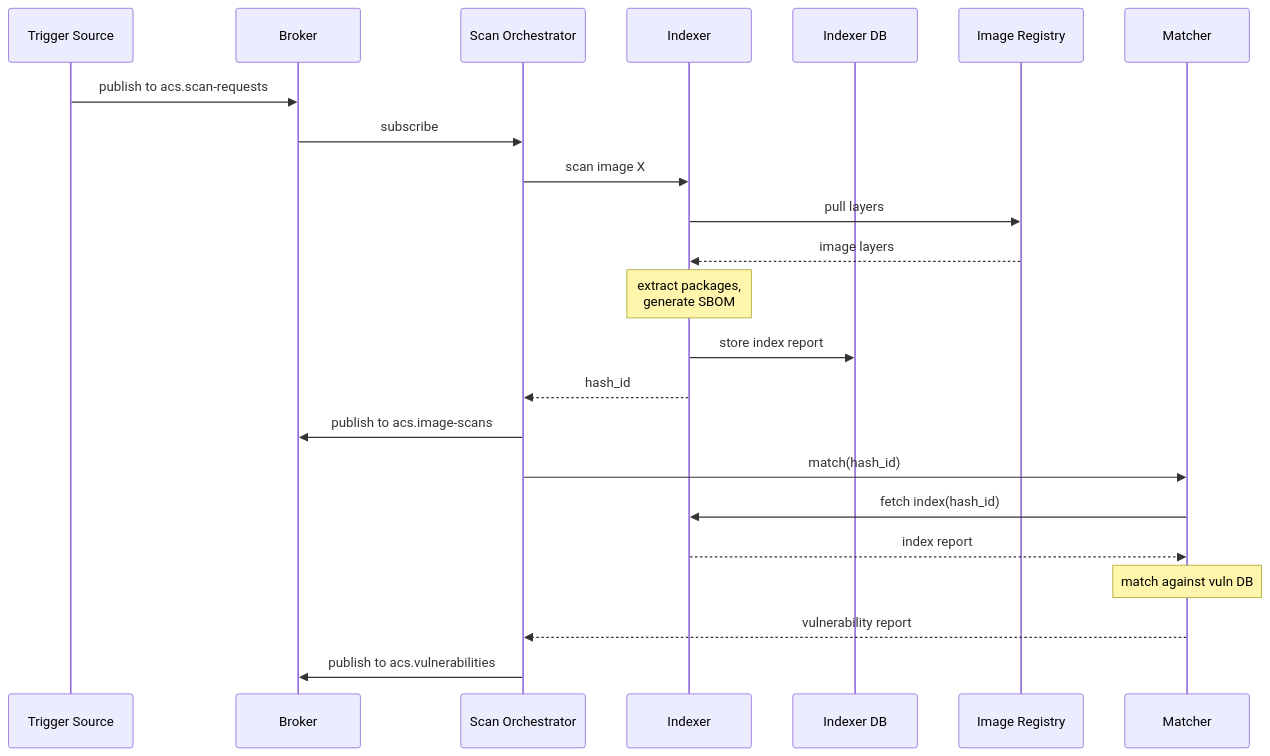
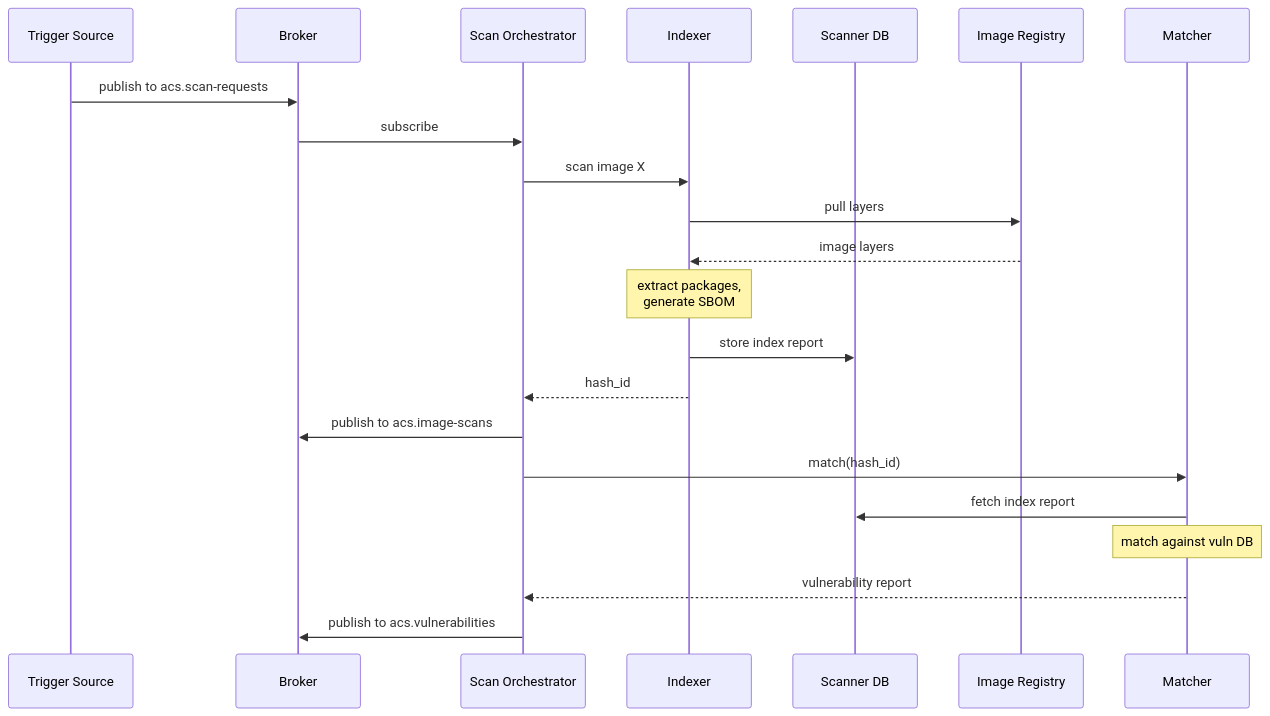
Before and after one commit to kylape/acs-next: the first of 4 diagrams in docs/architecture/components/scanner.md, drawn with Mermaid.

Commit message:
Use shared Scanner DB for both Indexer and Matcher
Indexer stores index reports, Matcher fetches from same DB.

````diff
--- a/docs/architecture/components/scanner.md
+++ b/docs/architecture/components/scanner.md
@@ -32,26 +32,25 @@
 ```mermaid
 sequenceDiagram
     participant Source as Trigger Source
     participant Broker
     participant Orch as Scan Orchestrator
     participant Indexer
-    participant IndexerDB as Indexer DB
+    participant DB as Scanner DB
     participant Registry as Image Registry
     participant Matcher
 
     Source->>Broker: publish to acs.scan-requests
     Broker->>Orch: subscribe
     Orch->>Indexer: scan image X
     Indexer->>Registry: pull layers
     Registry-->>Indexer: image layers
     Note over Indexer: extract packages,<br/>generate SBOM
-    Indexer->>IndexerDB: store index report
+    Indexer->>DB: store index report
     Indexer-->>Orch: hash_id
     Orch->>Broker: publish to acs.image-scans
     Orch->>Matcher: match(hash_id)
-    Matcher->>Indexer: fetch index(hash_id)
-    Indexer-->>Matcher: index report
+    Matcher->>DB: fetch index report
     Note over Matcher: match against vuln DB
     Matcher-->>Orch: vulnerability report
     Orch->>Broker: publish to acs.vulnerabilities
 ```
````
